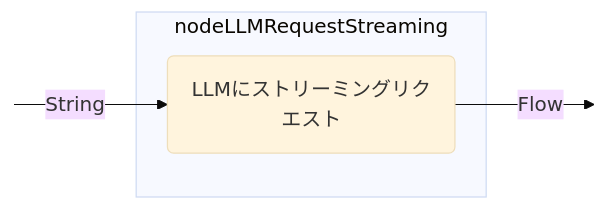
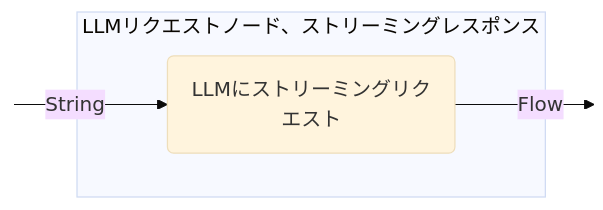
Before and after one commit to BinaryTape/Open-Docs: the eighth of 15 diagrams in docs/ja/koog/nodes-and-components.md, drawn with Mermaid (base theme). The commit also changed other lines of this file and 164 other files, not shown here.

````diff
--- a/docs/ja/koog/nodes-and-components.md
+++ b/docs/ja/koog/nodes-and-components.md
@@ -383,13 +383,13 @@
 ```mermaid
 graph LR
     in:::hidden
     out:::hidden
     
-    subgraph node ["nodeLLMRequestStreaming"]
+    subgraph node ["LLMリクエストノード、ストリーミングレスポンス"]
         execute(LLMにストリーミングリクエスト)
     end
     
     in --String--> execute --Flow--> out
 
     classDef hidden display: none;
 ```
````
